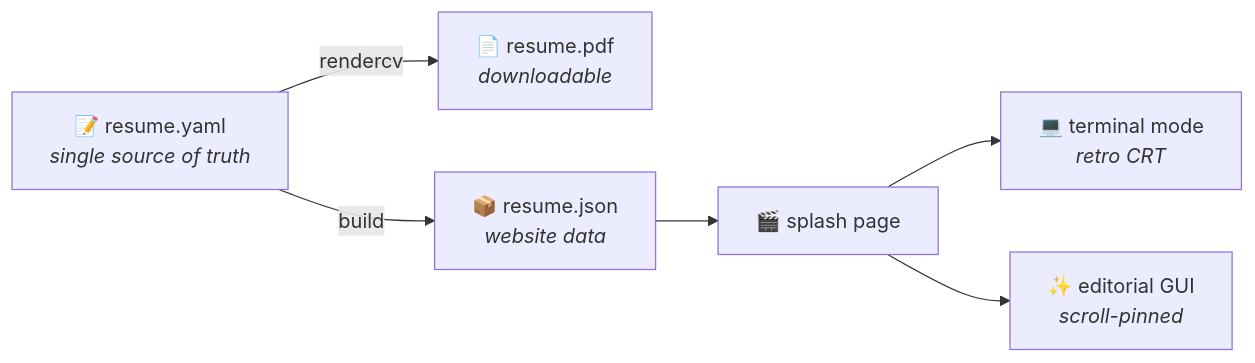
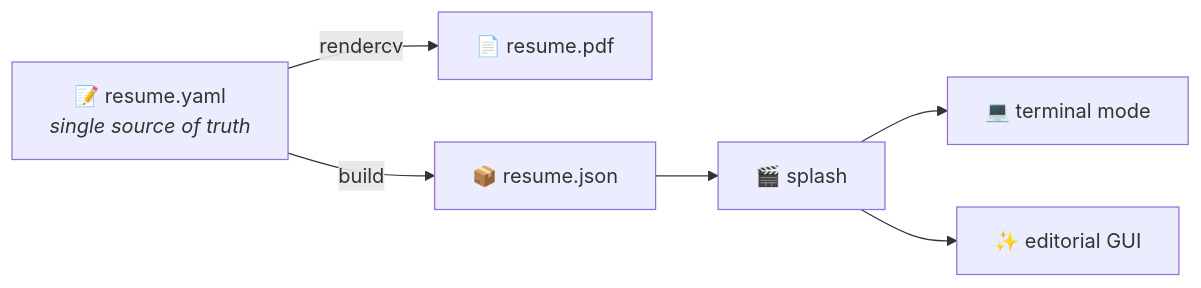
One commit to mishrayashi/mishrayashi.github.io changed the diagram in README.md. Above: the diagram before and after it, drawn with Mermaid. The commit also changed other lines of this file and 44 other files, not shown here.

````diff
--- a/README.md
+++ b/README.md
@@ -49,11 +28,9 @@
 ```mermaid
 flowchart LR
     yaml["📝 resume.yaml<br/><i>single source of truth</i>"]
-
-    yaml -->|rendercv| pdf["📄 resume.pdf<br/><i>downloadable</i>"]
-    yaml -->|build| json["📦 resume.json<br/><i>website data</i>"]
-
-    json --> splash["🎬 splash page"]
-    splash --> terminal["💻 terminal mode<br/><i>retro CRT</i>"]
-    splash --> gui["✨ editorial GUI<br/><i>scroll-pinned</i>"]
+    yaml -->|rendercv| pdf["📄 resume.pdf"]
+    yaml -->|build| json["📦 resume.json"]
+    json --> splash["🎬 splash"]
+    splash --> terminal["💻 terminal mode"]
+    splash --> gui["✨ editorial GUI"]
 ```
````
